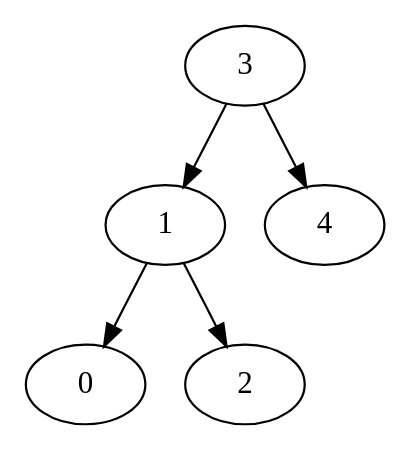
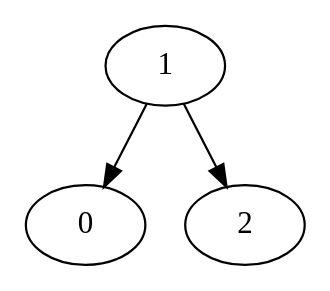
One commit to cirosantilli/linux-cheat changed the diagram in dot/digraph.dot. Above: the diagram before and after it, drawn with Graphviz. The commit also changed 61 other files, not shown here.

```diff
--- a/dot/digraph.dot
+++ b/dot/digraph.dot
@@ -1,7 +1,5 @@
 // # Directed graph.
 digraph graphname {
-    3 -> 1;
     1 -> 0;
     1 -> 2;
-    3 -> 4;
 }
```
